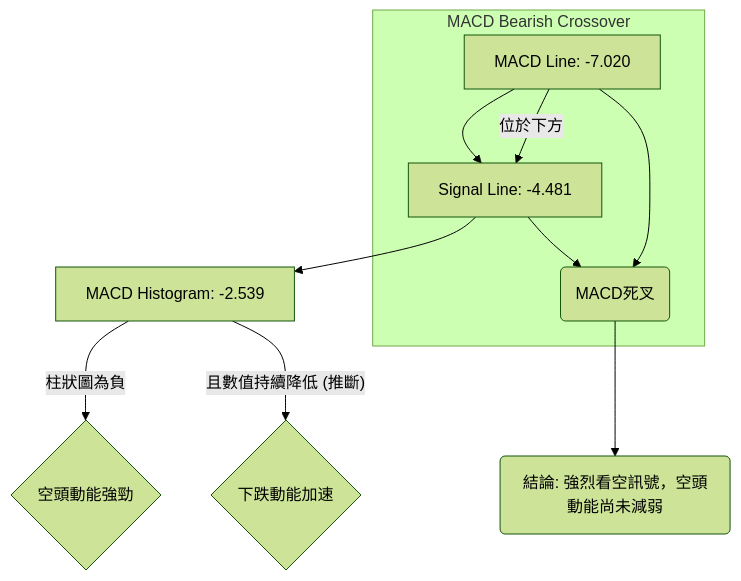
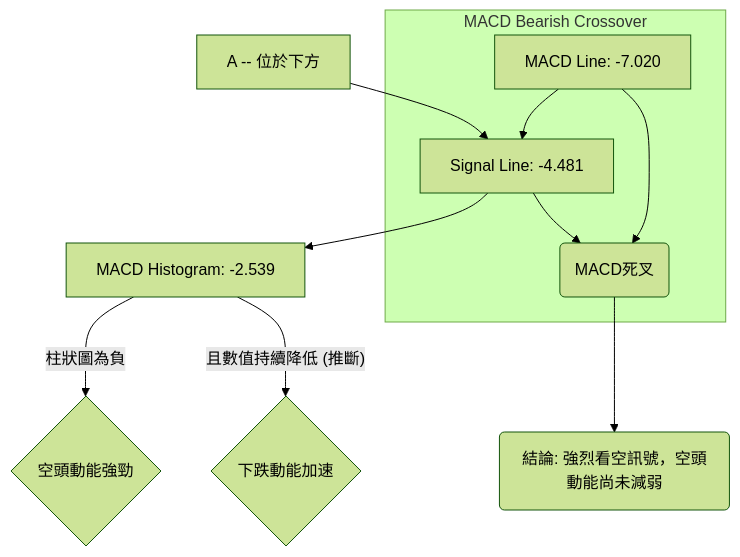
One commit to yennanliu/finance_data changed the eighth of 8 diagrams in ai_gen_report/stock/pltr/technical_analysis_2026-06-28_gemini.md. Above: the diagram before and after it, drawn with Mermaid (forest theme). The commit also changed other lines of this file and 2258 other files, not shown here.

First line of the commit message:
chore: backfill Mermaid syntax repair across existing reports

````diff
--- a/ai_gen_report/stock/pltr/technical_analysis_2026-06-28_gemini.md
+++ b/ai_gen_report/stock/pltr/technical_analysis_2026-06-28_gemini.md
@@ -405,12 +405,12 @@
 ```mermaid
 graph TD
-    A[MACD Line: -7.020] --> B[Signal Line: -4.481]
-    B --> C[MACD Histogram: -2.539]
-    A -- 位於下方 --> B
-    C -- 柱狀圖為負 --> D{空頭動能強勁}
-    C -- 且數值持續降低 (推斷) --> E{下跌動能加速}
+    A["MACD Line: -7.020"] --> B["Signal Line: -4.481"]
+    B --> C["MACD Histogram: -2.539"]
+    nb1["A -- 位於下方"] --> B
+    C -- 柱狀圖為負 --> D{"空頭動能強勁"}
+    C -- 且數值持續降低 (推斷) --> E{"下跌動能加速"}
     subgraph MACD Bearish Crossover
-        A & B --> F(MACD死叉)
+        A & B --> F("MACD死叉")
     end
-    F --> G(結論: 強烈看空訊號，空頭動能尚未減弱)
+    F --> G("結論: 強烈看空訊號，空頭動能尚未減弱")
 ```
````
